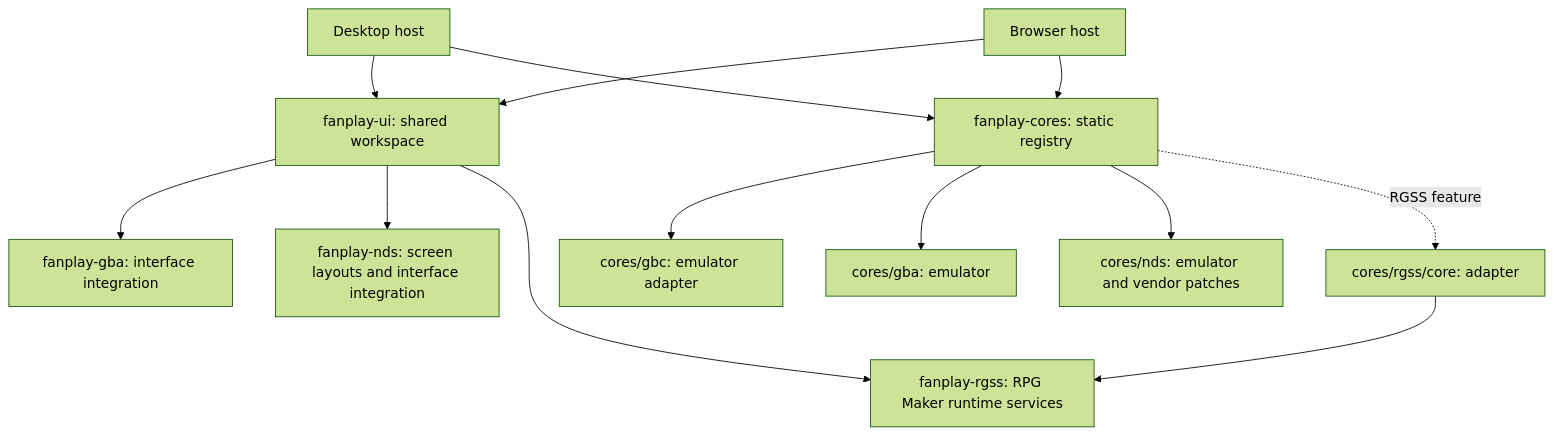
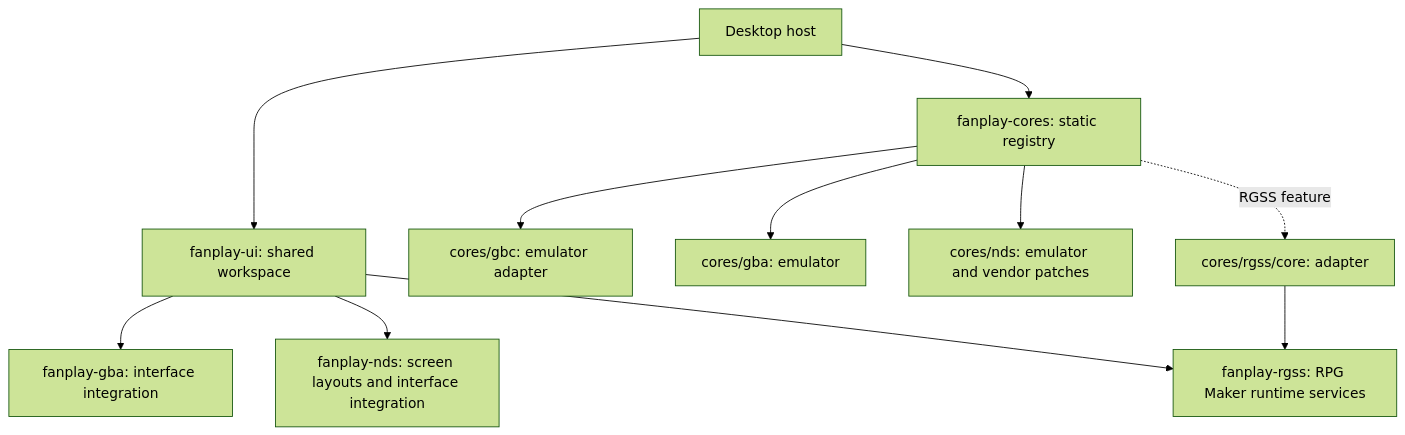
One commit to Rucadi/rsxp changed the diagram in README.md. Above: the diagram before and after it, drawn with Mermaid (forest theme). The commit also changed other lines of this file and 123 other files, not shown here.

````diff
--- a/README.md
+++ b/README.md
@@ -70,15 +66,13 @@
 ```mermaid
 flowchart TD
     Desktop[Desktop host] --> UI[fanplay-ui: shared workspace]
-    Browser[Browser host] --> UI
     UI --> GBAUI[fanplay-gba: interface integration]
     UI --> NDSUI[fanplay-nds: screen layouts and interface integration]
     UI --> RGSS[fanplay-rgss: RPG Maker runtime services]
     Desktop --> Registry[fanplay-cores: static registry]
-    Browser --> Registry
     Registry --> GBC[cores/gbc: emulator adapter]
     Registry --> GBA[cores/gba: emulator]
     Registry --> NDS[cores/nds: emulator and vendor patches]
     Registry -. RGSS feature .-> RGSSCore[cores/rgss/core: adapter]
     RGSSCore --> RGSS
 ```
````
